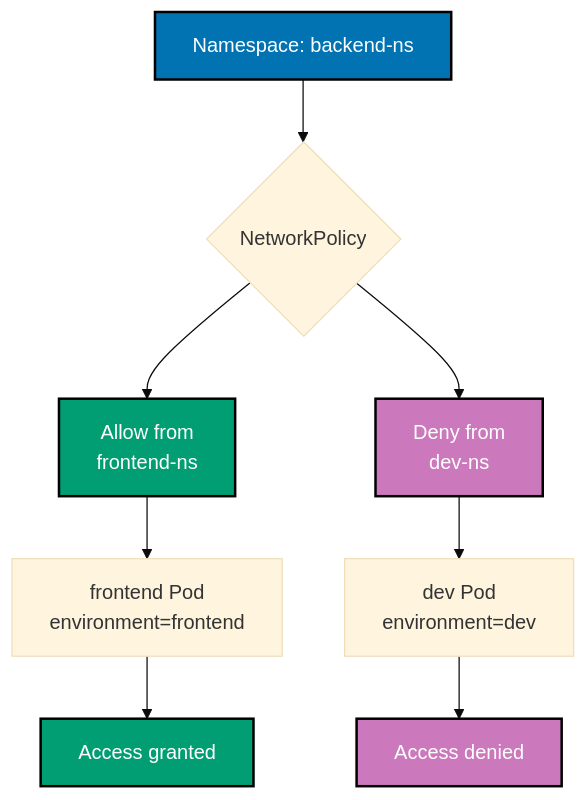
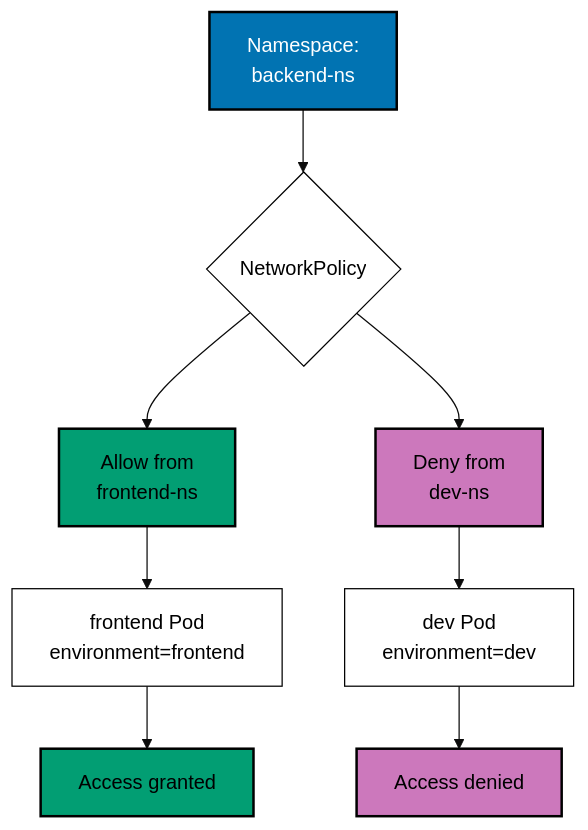
The fourth of 14 diagrams in apps/ayokoding-www/content/en/learn/legacy/software-engineering/infrastructure/tools/kubernetes/by-example/advanced.md (wahidyankf/ose-public), drawn with Mermaid (base theme) before and after one commit. The commit also changed other lines of this file and 131 other files, not shown here.

First line of the commit message:
fix(mermaid): bring the legacy data, infrastructure, and testing diagrams onto the accessible palette

````diff
--- a/apps/ayokoding-www/content/en/learn/legacy/software-engineering/infrastructure/tools/kubernetes/by-example/advanced.md
+++ b/apps/ayokoding-www/content/en/learn/legacy/software-engineering/infrastructure/tools/kubernetes/by-example/advanced.md
@@ -1299,18 +1320,24 @@
 ```mermaid
 %% Color Palette: Blue #0173B2, Orange #DE8F05, Teal #029E73, Purple #CC78BC, Brown #CA9161
 %% Namespace isolation
 graph TD
- A[Namespace: backend-ns] --> B{NetworkPolicy}
+ accTitle: Example 66: Namespace Isolation with NetworkPolicy
+ accDescr: Graph with 8 nodes and 7 connections. Nodes: Namespace: backend-ns, NetworkPolicy, Allow from frontend-ns, Deny from dev-ns, frontend Pod environment=frontend, dev Pod environment=dev, Access granted, Access denied. Connections: Namespace: backend-ns to NetworkPolicy, NetworkPolicy to Allow from frontend-ns, NetworkPolicy to Deny from dev-ns, Allow from frontend-ns to frontend Pod environment=frontend, Deny from dev-ns to dev Pod environment=dev, frontend Pod environment=frontend to Access granted, dev Pod environment=dev to Access denied.
+ A[Namespace:<br/>backend-ns] --> B{NetworkPolicy}
  B --> C[Allow from<br/>frontend-ns]
  B --> D[Deny from<br/>dev-ns]
  C --> E[frontend Pod<br/>environment=frontend]
  D --> F[dev Pod<br/>environment=dev]
  E --> G[Access granted]
  F --> H[Access denied]
 
- style A fill:#0173B2,stroke:#000000,stroke-width:2px,color:#fff
- style C fill:#029E73,stroke:#000000,stroke-width:2px,color:#fff
- style D fill:#CC78BC,stroke:#000000,stroke-width:2px,color:#fff
- style G fill:#029E73,stroke:#000000,stroke-width:2px,color:#fff
- style H fill:#CC78BC,stroke:#000000,stroke-width:2px,color:#fff
+ classDef pal-0173B2 fill:#0173B2,stroke:#000000,color:#FFFFFF,stroke-width:2px
+ class A pal-0173B2
+ classDef pal-029E73 fill:#029E73,stroke:#000000,color:#000000,stroke-width:2px
+ class C pal-029E73
+ classDef pal-CC78BC fill:#CC78BC,stroke:#000000,color:#000000,stroke-width:2px
+ class D pal-CC78BC
+ class G pal-029E73
+ class H pal-CC78BC
+ classDef default fill:#FFFFFF,stroke:#000000,color:#000000
 ```
````
